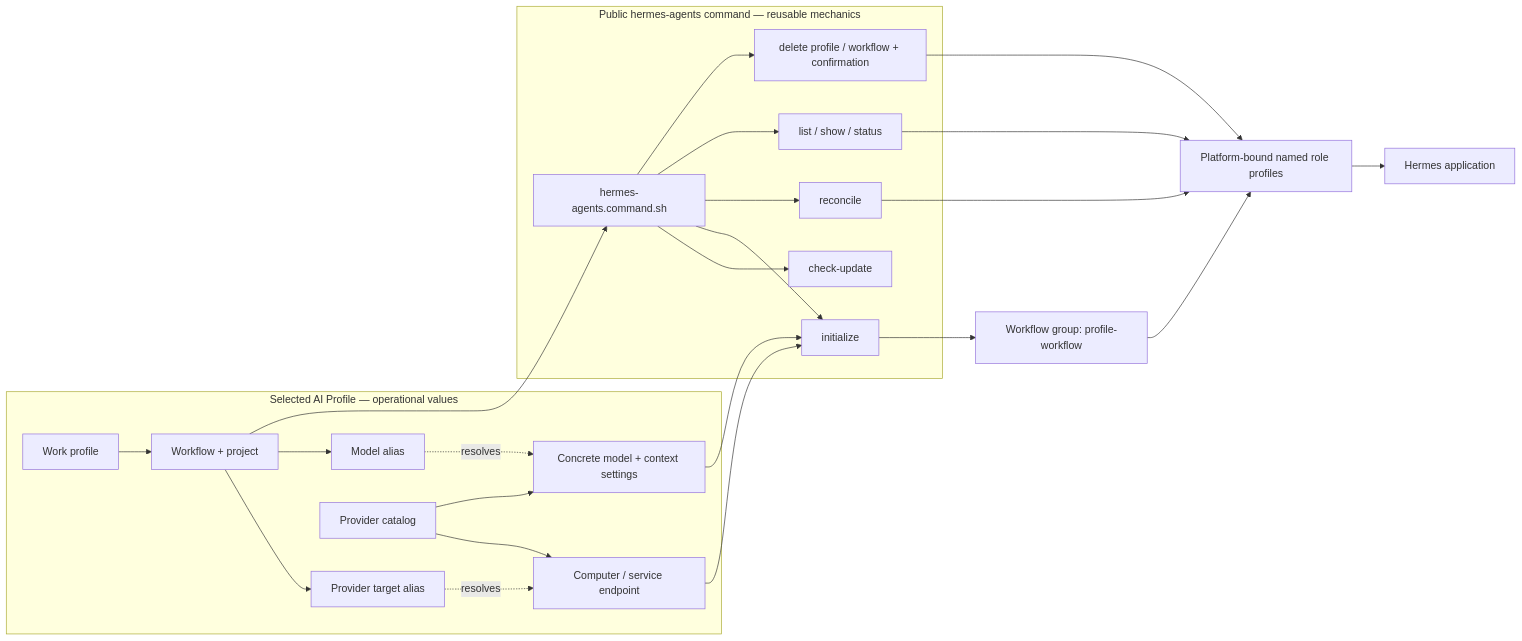
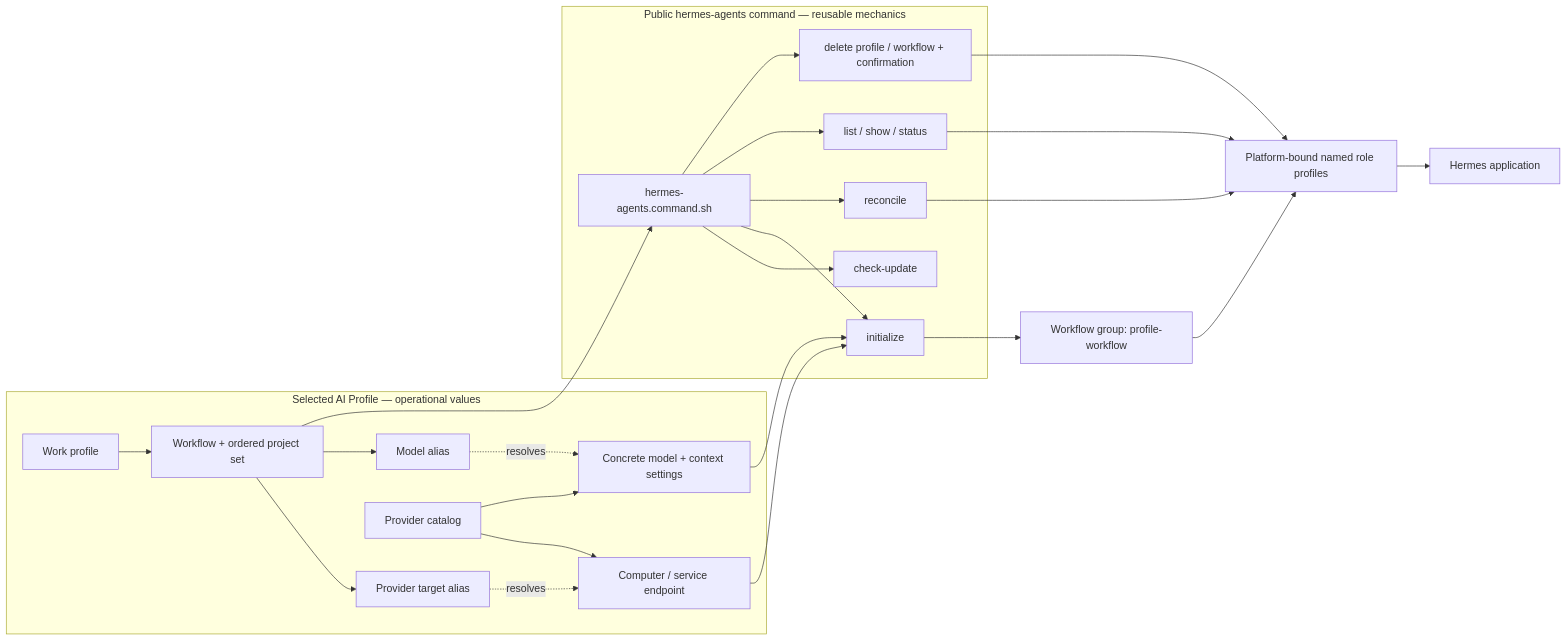
Before and after one commit to starodubtsevconsulting/ai-fleas: the diagram in ai-commands/hermes-agents/hermes-agents.command.md, drawn with Mermaid. The commit also changed other lines of this file and 8 other files, not shown here.

````diff
--- a/ai-commands/hermes-agents/hermes-agents.command.md
+++ b/ai-commands/hermes-agents/hermes-agents.command.md
@@ -10,36 +10,36 @@
 ```mermaid
 flowchart LR
   subgraph PrivateProfile["Selected AI Profile — operational values"]
-    Profile["Work profile"] --> Workflow["Workflow + project"]
+    Profile["Work profile"] --> Workflow["Workflow + ordered project set"]
     Workflow --> TargetAlias["Provider target alias"]
     Workflow --> ModelAlias["Model alias"]
     Catalog["Provider catalog"] --> Target["Computer / service endpoint"]
     Catalog --> Model["Concrete model + context settings"]
     TargetAlias -. resolves .-> Target
     ModelAlias -. resolves .-> Model
   end
 
   subgraph PublicCommand["Public hermes-agents command — reusable mechanics"]
     Dispatcher["hermes-agents.command.sh"]
     CheckUpdate["check-update"]
     Initialize["initialize"]
     Reconcile["reconcile"]
     Inspect["list / show / status"]
     Delete["delete profile / workflow + confirmation"]
     Dispatcher --> CheckUpdate
     Dispatcher --> Initialize
     Dispatcher --> Reconcile
     Dispatcher --> Inspect
     Dispatcher --> Delete
   end
 
   Workflow --> Dispatcher
   Target --> Initialize
   Model --> Initialize
   Initialize --> Group["Workflow group: profile-workflow"]
   Group --> Roster["Platform-bound named role profiles"]
   Reconcile --> Roster
   Inspect --> Roster
   Delete --> Roster
   Roster --> App["Hermes application"]
 ```
````
